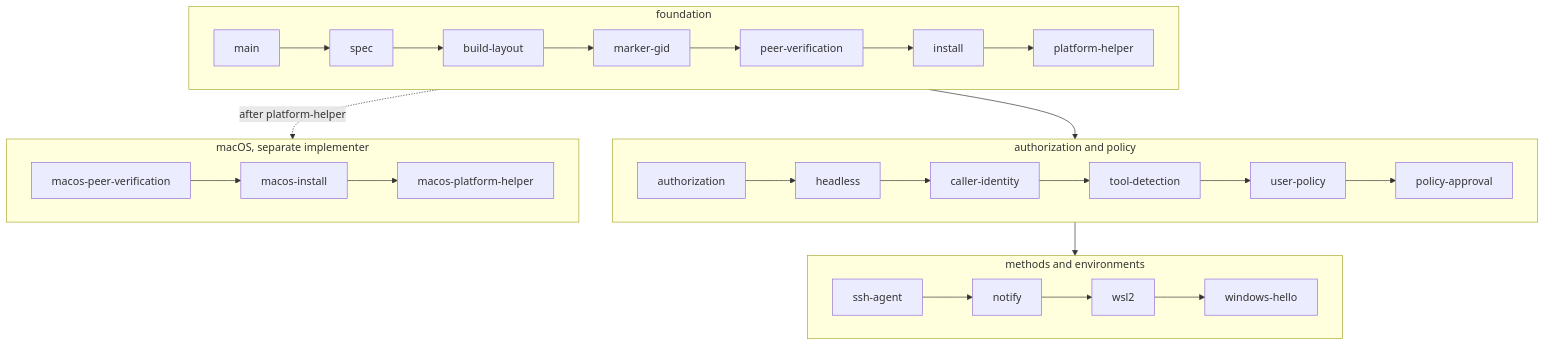
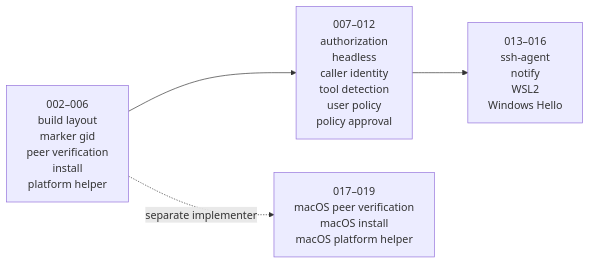
Before and after one commit to sorah/mairu: the fifth of 5 diagrams in docs/specs/001-security-model.md, drawn with Mermaid. The commit also changed other lines of this file and 17 other files, not shown here.

First line of the commit message:
docs/specs: rework diagrams and helper locations

````diff
--- a/docs/specs/001-security-model.md
+++ b/docs/specs/001-security-model.md
@@ -178,21 +184,9 @@
 ```mermaid
-flowchart TB
-  subgraph F["foundation"]
-    direction LR
-    main["main"] --> spec["spec"] --> bl["build-layout"] --> mg["marker-gid"] --> pv["peer-verification"] --> inst["install"] --> ph["platform-helper"]
-  end
-  subgraph Z["authorization and policy"]
-    direction LR
-    az["authorization"] --> hl["headless"] --> ci["caller-identity"] --> td["tool-detection"] --> up["user-policy"] --> pa["policy-approval"]
-  end
-  subgraph M["methods and environments"]
-    direction LR
-    sa["ssh-agent"] --> nt["notify"] --> wsl["wsl2"] --> wh["windows-hello"]
-  end
-  subgraph X["macOS, separate implementer"]
-    direction LR
-    m1["macos-peer-verification"] --> m2["macos-install"] --> m3["macos-platform-helper"]
-  end
+flowchart LR
+  F["002–006<br/>build layout<br/>marker gid<br/>peer verification<br/>install<br/>platform helper"]
+  Z["007–012<br/>authorization<br/>headless<br/>caller identity<br/>tool detection<br/>user policy<br/>policy approval"]
+  M["013–016<br/>ssh-agent<br/>notify<br/>WSL2<br/>Windows Hello"]
+  X["017–019<br/>macOS peer verification<br/>macOS install<br/>macOS platform helper"]
   F --> Z --> M
-  F -. "after platform-helper" .-> X
+  F -. "separate implementer" .-> X
 ```
````
